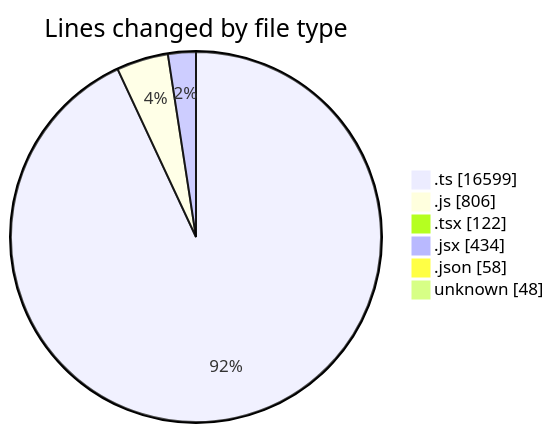
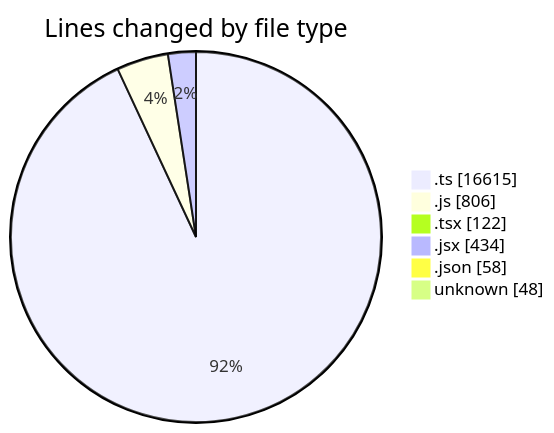
The first of 2 diagrams in 2025-11-12/cda/README.md (momahboobian/code-tracking), drawn with Mermaid before and after one commit. The commit also changed other lines of this file and 1 other file, not shown here.

````diff
--- a/2025-11-12/cda/README.md
+++ b/2025-11-12/cda/README.md
@@ -35,10 +35,10 @@
 ```mermaid
 pie showData
 title Lines changed by file type
-".ts" : 16599
+".ts" : 16615
 ".js" : 806
 ".tsx" : 122
 ".jsx" : 434
 ".json" : 58
 "unknown" : 48
 ```
````
